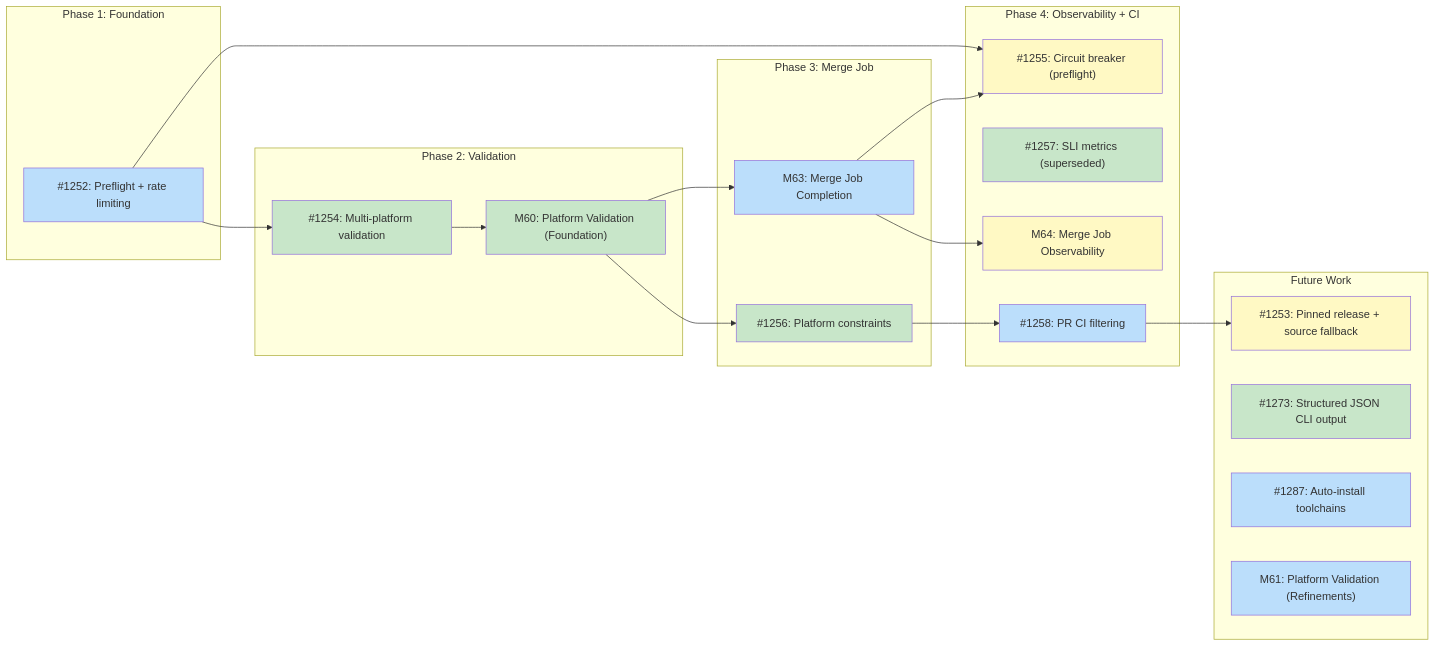
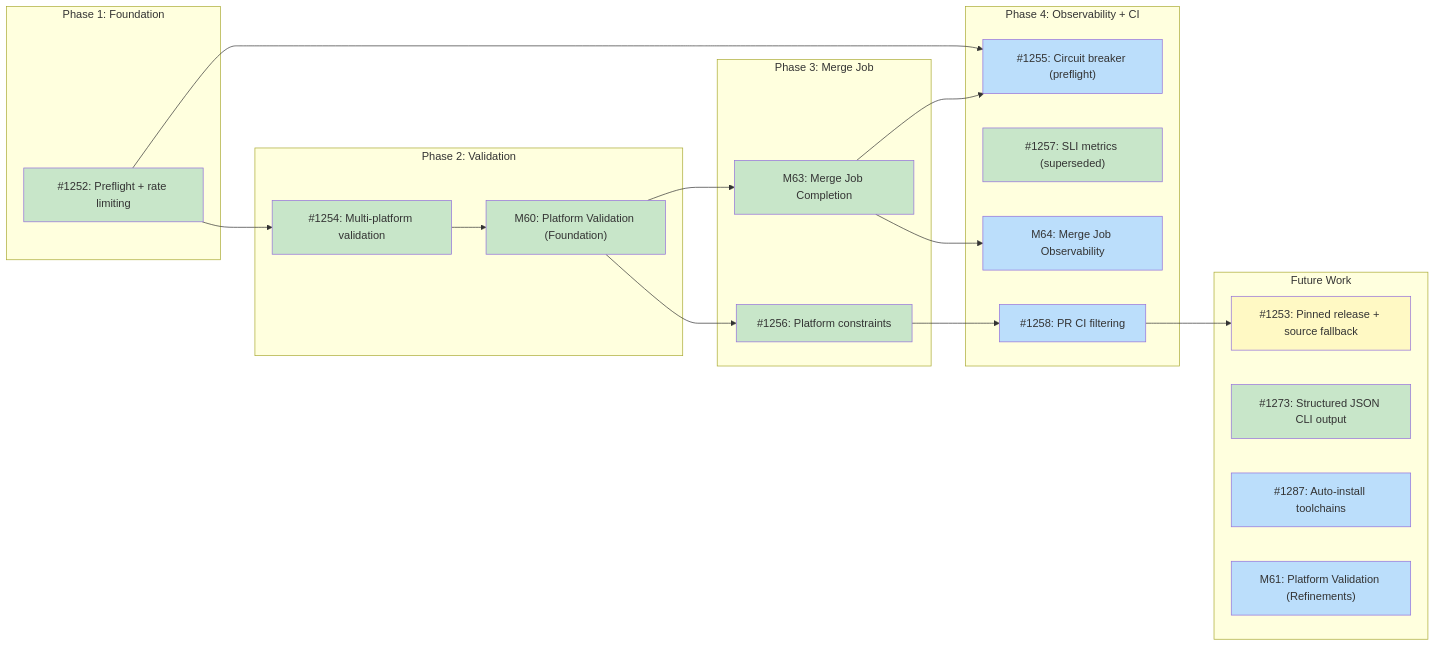
Before and after one commit to tsukumogami/tsuku: the diagram in docs/designs/DESIGN-batch-recipe-generation.md, drawn with Mermaid. The commit also changed other lines of this file and 3 other files, not shown here.

````diff
--- a/docs/designs/DESIGN-batch-recipe-generation.md
+++ b/docs/designs/DESIGN-batch-recipe-generation.md
@@ -34,51 +34,54 @@
 ```mermaid
 graph LR
     subgraph Phase1["Phase 1: Foundation"]
         I1252["#1252: Preflight + rate limiting"]
     end
 
     subgraph Phase2["Phase 2: Validation"]
         I1254["#1254: Multi-platform validation"]
         M60["M60: Platform Validation (Foundation)"]
     end
 
     subgraph Phase3["Phase 3: Merge Job"]
         I1256["#1256: Platform constraints"]
         M63["M63: Merge Job Completion"]
     end
 
     subgraph Phase4["Phase 4: Observability + CI"]
         I1255["#1255: Circuit breaker (preflight)"]
         I1257["#1257: SLI metrics (superseded)"]
         M64["M64: Merge Job Observability"]
         I1258["#1258: PR CI filtering"]
     end
 
     subgraph Future["Future Work"]
         I1253["#1253: Pinned release + source fallback"]
         I1273["#1273: Structured JSON CLI output"]
         I1287["#1287: Auto-install toolchains"]
         M61["M61: Platform Validation (Refinements)"]
     end
 
     I1252 --> I1254
     I1254 --> M60
     M60 --> I1256
     M60 --> M63
     I1256 --> I1258
     I1258 --> I1253
     M63 --> I1255
     I1252 --> I1255
     M63 --> M64
 
     classDef done fill:#c8e6c9
     classDef ready fill:#bbdefb
     classDef blocked fill:#fff9c4
     classDef needsDesign fill:#e1bee7
 
     class I1254,I1273,I1257 done
     class M60,I1256 done
-    class I1252,I1287,M61,M63 ready
-    class I1253,I1255,M64 blocked
+    class M63 done
+    class I1252 done
+    class I1287,M61,I1255 ready
+    class I1253 blocked
+    class M64 ready
     class I1258 ready
 ```
````
